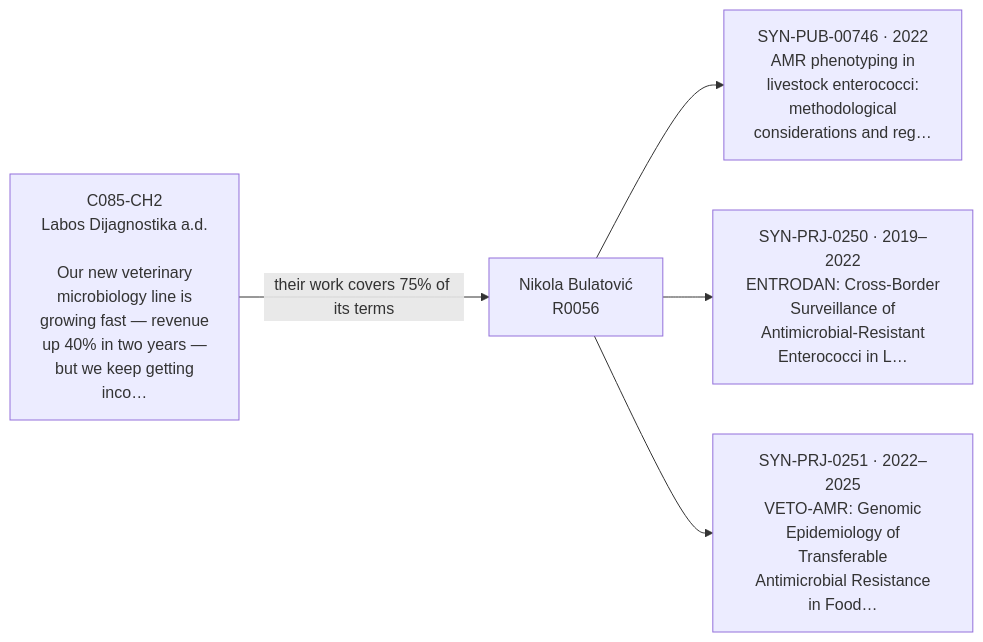
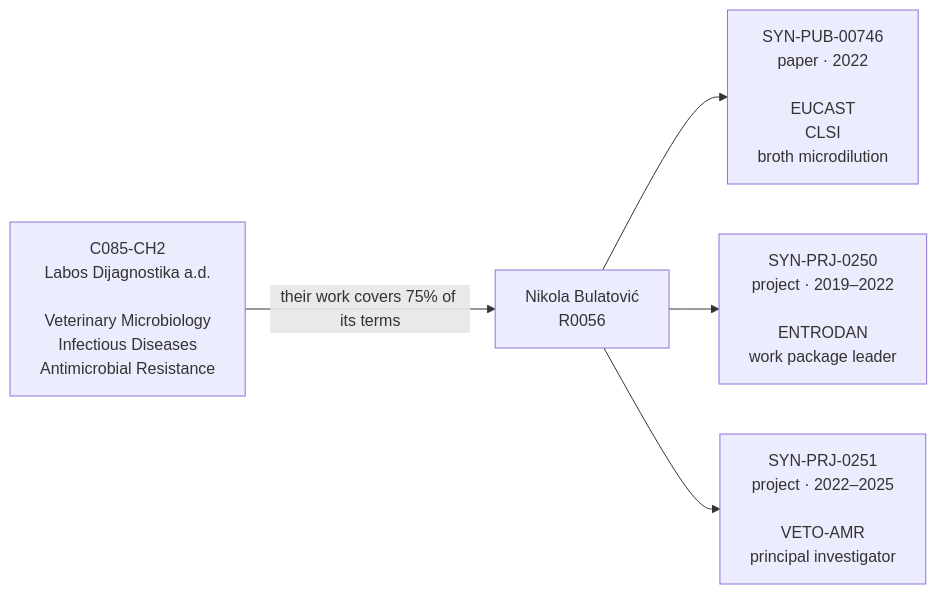
One commit to JannetEkka/spona changed the first of 3 diagrams in runs/2026-10-31-full/proposals/02-C085-R0056.md. Above: the diagram before and after it, drawn with Mermaid. The commit also changed other lines of this file and 9 other files, not shown here.

First line of the commit message:
Proposal diagrams: complete labels instead of cut-off titles

````diff
--- a/runs/2026-10-31-full/proposals/02-C085-R0056.md
+++ b/runs/2026-10-31-full/proposals/02-C085-R0056.md
@@ -16,12 +16,12 @@
 ```mermaid
 flowchart LR
-    need["C085-CH2<br/>Labos Dijagnostika a.d.<br/><br/>Our new veterinary<br/>microbiology line is<br/>growing fast — revenue<br/>up 40% in two years —<br/>but we keep getting<br/>inco…"]
+    need["C085-CH2<br/>Labos Dijagnostika a.d.<br/><br/>Veterinary Microbiology<br/>Infectious Diseases<br/>Antimicrobial Resistance"]
     who["Nikola Bulatović<br/>R0056"]
-    e1["SYN-PUB-00746 · 2022<br/>AMR phenotyping in<br/>livestock enterococci:<br/>methodological<br/>considerations and reg…"]
-    e2["SYN-PRJ-0250 · 2019–2022<br/>ENTRODAN: Cross-Border<br/>Surveillance of<br/>Antimicrobial-Resistant<br/>Enterococci in L…"]
-    e3["SYN-PRJ-0251 · 2022–2025<br/>VETO-AMR: Genomic<br/>Epidemiology of<br/>Transferable<br/>Antimicrobial Resistance<br/>in Food…"]
+    e1["SYN-PUB-00746<br/>paper · 2022<br/><br/>EUCAST<br/>CLSI<br/>broth microdilution"]
+    e2["SYN-PRJ-0250<br/>project · 2019–2022<br/><br/>ENTRODAN<br/>work package leader"]
+    e3["SYN-PRJ-0251<br/>project · 2022–2025<br/><br/>VETO-AMR<br/>principal investigator"]
     need -->|"their work covers 75% of its terms"| who
     who --> e1
     who --> e2
     who --> e3
 ```
````
